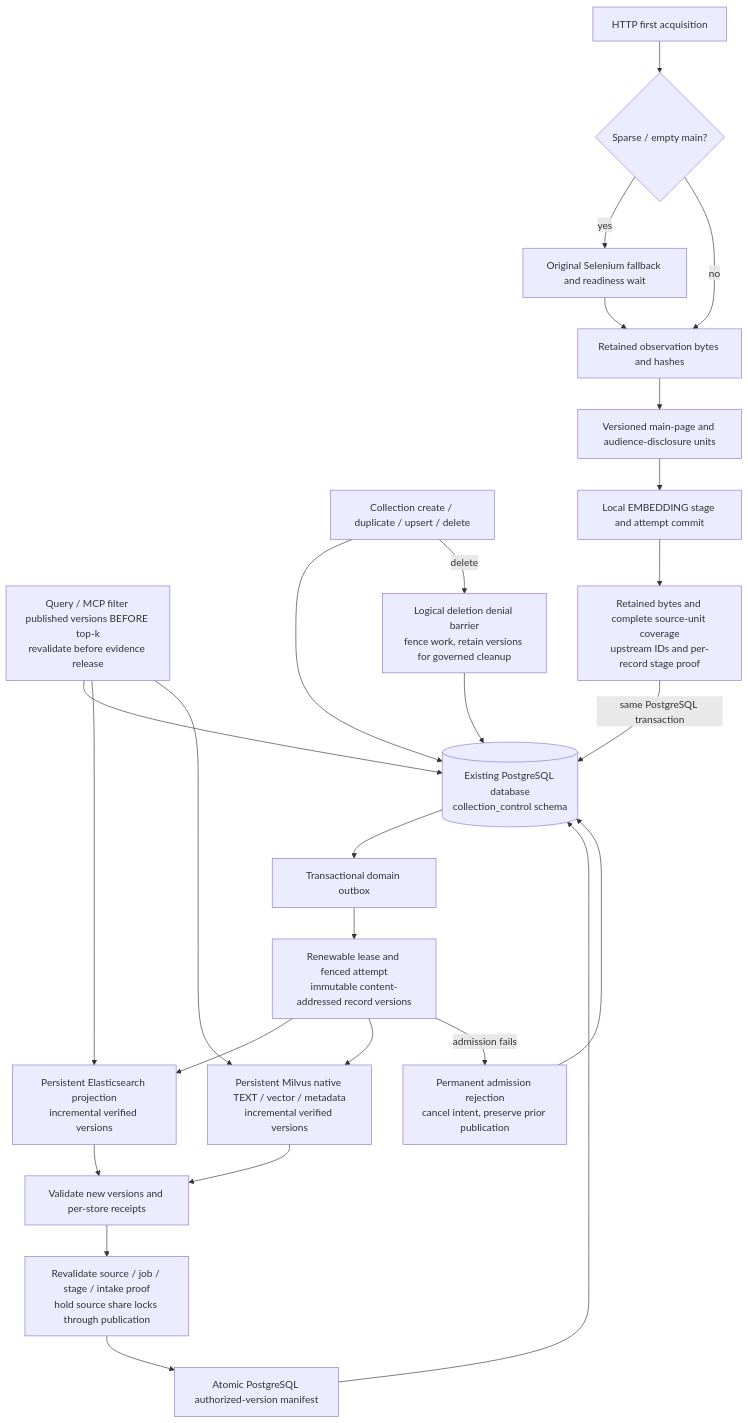
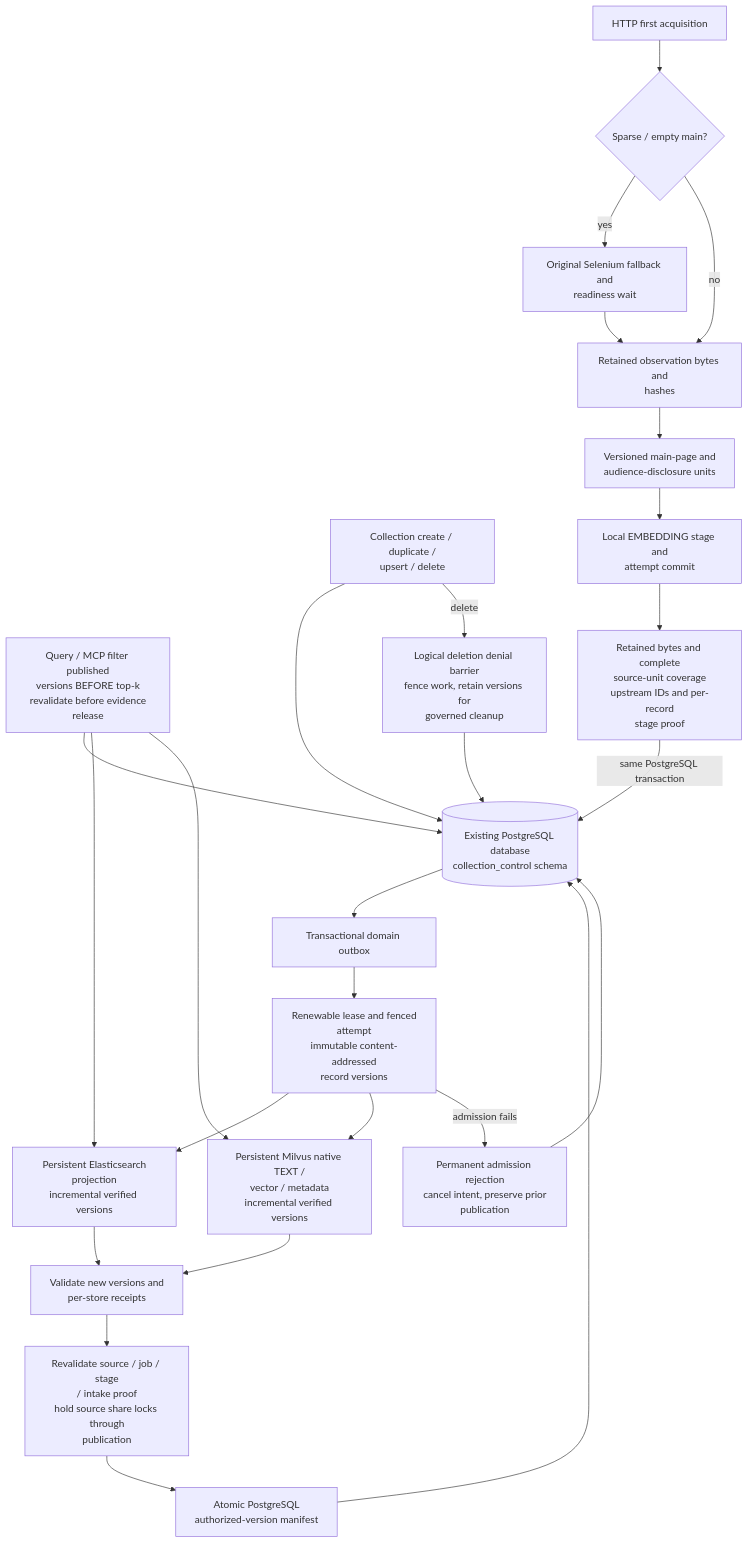
One commit to joncoons/runai-rag-agentic changed the diagram in diagrams/collection-publication.mmd. Above: the diagram before and after it, drawn with Mermaid. The commit also changed 16 other files, not shown here.

Commit message:
Fix diagram label clipping with native SVG previews

```diff
--- a/diagrams/collection-publication.mmd
+++ b/diagrams/collection-publication.mmd
@@ -1,39 +1,39 @@
 flowchart TD
-    API[Collection create / duplicate / upsert / delete]
-    PG[(Existing PostgreSQL database<br/>collection_control schema)]
-    OUT[Transactional domain outbox]
-    WORK[Renewable lease and fenced attempt<br/>immutable content-addressed record versions]
-    ES[Persistent Elasticsearch projection<br/>incremental verified versions]
-    MV[Persistent Milvus native TEXT / vector / metadata<br/>incremental verified versions]
-    CHECK[Validate new versions and per-store receipts]
-    PUB[Atomic PostgreSQL authorized-version manifest]
-    READ[Query / MCP filter published versions BEFORE top-k<br/>revalidate before evidence release]
-    STAGE[Local EMBEDDING stage and attempt commit]
-    ADMIT[Retained bytes and complete source-unit coverage<br/>upstream IDs and per-record stage proof]
-    HTTP[HTTP first acquisition] --> JS{Sparse / empty main?}
-    JS -->|yes| BROWSER[Original Selenium fallback and readiness wait]
-    JS -->|no| RAW[Retained observation bytes and hashes]
+    API["Collection create / duplicate /<br/>upsert / delete"]
+    PG[("Existing PostgreSQL database<br/>collection_control schema")]
+    OUT["Transactional domain outbox"]
+    WORK["Renewable lease and fenced<br/>attempt<br/>immutable content-addressed<br/>record versions"]
+    ES["Persistent Elasticsearch<br/>projection<br/>incremental verified versions"]
+    MV["Persistent Milvus native TEXT /<br/>vector / metadata<br/>incremental verified versions"]
+    CHECK["Validate new versions and<br/>per-store receipts"]
+    PUB["Atomic PostgreSQL<br/>authorized-version manifest"]
+    READ["Query / MCP filter published<br/>versions BEFORE top-k<br/>revalidate before evidence<br/>release"]
+    STAGE["Local EMBEDDING stage and<br/>attempt commit"]
+    ADMIT["Retained bytes and complete<br/>source-unit coverage<br/>upstream IDs and per-record<br/>stage proof"]
+    HTTP["HTTP first acquisition"] --> JS{"Sparse / empty main?"}
+    JS -->|yes| BROWSER["Original Selenium fallback and<br/>readiness wait"]
+    JS -->|no| RAW["Retained observation bytes and<br/>hashes"]
     BROWSER --> RAW
-    RAW --> UNITS[Versioned main-page and audience-disclosure units]
+    RAW --> UNITS["Versioned main-page and<br/>audience-disclosure units"]
     UNITS --> STAGE
     STAGE --> ADMIT
     ADMIT -->|same PostgreSQL transaction| PG
     API --> PG
     PG --> OUT
     OUT --> WORK
     WORK --> ES
     WORK --> MV
     ES --> CHECK
     MV --> CHECK
-    CHECK --> RECHECK[Revalidate source / job / stage / intake proof<br/>hold source share locks through publication]
+    CHECK --> RECHECK["Revalidate source / job / stage<br/>/ intake proof<br/>hold source share locks through<br/>publication"]
     RECHECK --> PUB
     PUB --> PG
     READ --> PG
     READ --> ES
     READ --> MV
-    REJECT[Permanent admission rejection<br/>cancel intent, preserve prior publication]
-    DELETE[Logical deletion denial barrier<br/>fence work, retain versions for governed cleanup]
+    REJECT["Permanent admission rejection<br/>cancel intent, preserve prior<br/>publication"]
+    DELETE["Logical deletion denial barrier<br/>fence work, retain versions for<br/>governed cleanup"]
     WORK -->|admission fails| REJECT
     REJECT --> PG
     API -->|delete| DELETE
     DELETE --> PG
```
